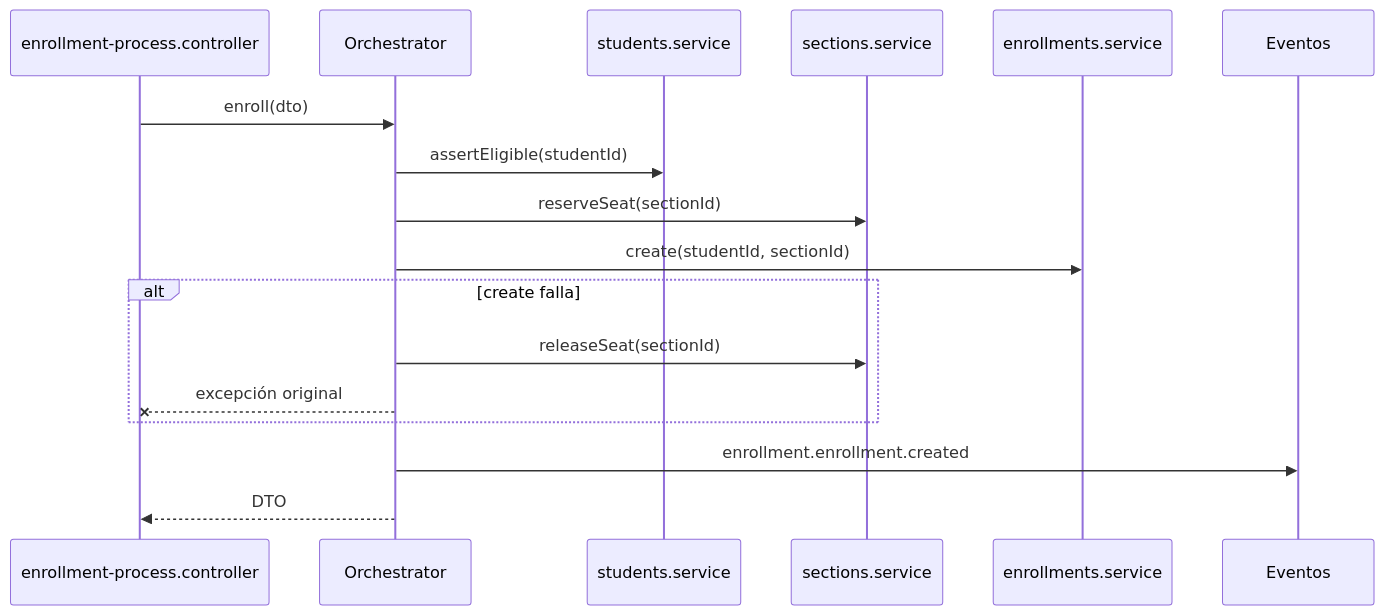
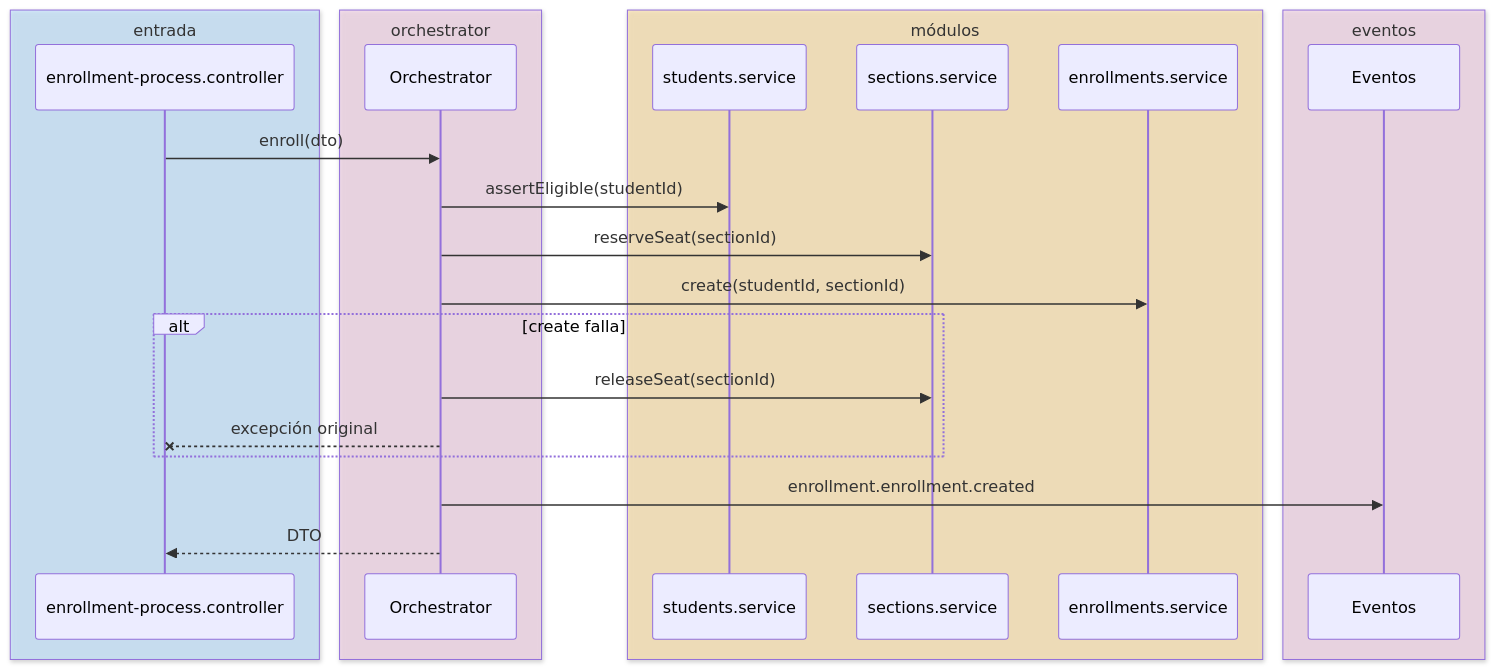
Diagram 13 of 15 in docs/architecture/modular-microservice.md (pcarroza91/nest-template), drawn with Mermaid before and after one commit. The commit also changed other lines of this file and 2 other files, not shown here.

First line of the commit message:
docs(architecture): aplica el estilo pastel por rol a los diagramas Mermaid

````diff
--- a/docs/architecture/modular-microservice.md
+++ b/docs/architecture/modular-microservice.md
@@ -886,20 +876,28 @@
 ```mermaid
 sequenceDiagram
-    participant C as enrollment-process.controller
-    participant O as Orchestrator
-    participant ST as students.service
-    participant SE as sections.service
-    participant EN as enrollments.service
-    participant EV as Eventos
+    box rgba(188,225,255,0.6) entrada
+        participant C as enrollment-process.controller
+    end
+    box rgba(244,208,230,0.6) orchestrator
+        participant O as Orchestrator
+    end
+    box rgba(253,224,163,0.6) módulos
+        participant ST as students.service
+        participant SE as sections.service
+        participant EN as enrollments.service
+    end
+    box rgba(244,208,230,0.6) eventos
+        participant EV as Eventos
+    end
 
     C->>O: enroll(dto)
     O->>ST: assertEligible(studentId)
     O->>SE: reserveSeat(sectionId)
     O->>EN: create(studentId, sectionId)
     alt create falla
         O->>SE: releaseSeat(sectionId)
         O--xC: excepción original
     end
     O->>EV: enrollment.enrollment.created
     O-->>C: DTO
 ```
````
